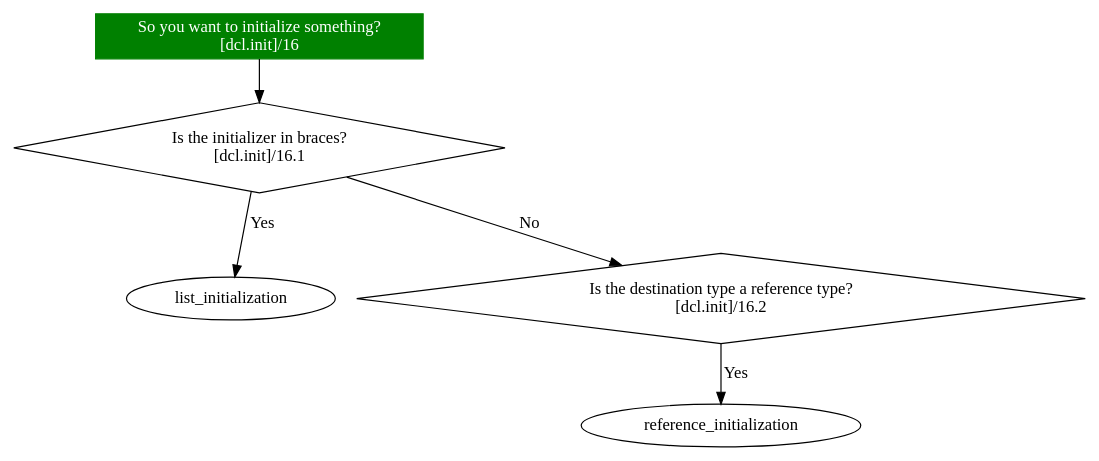
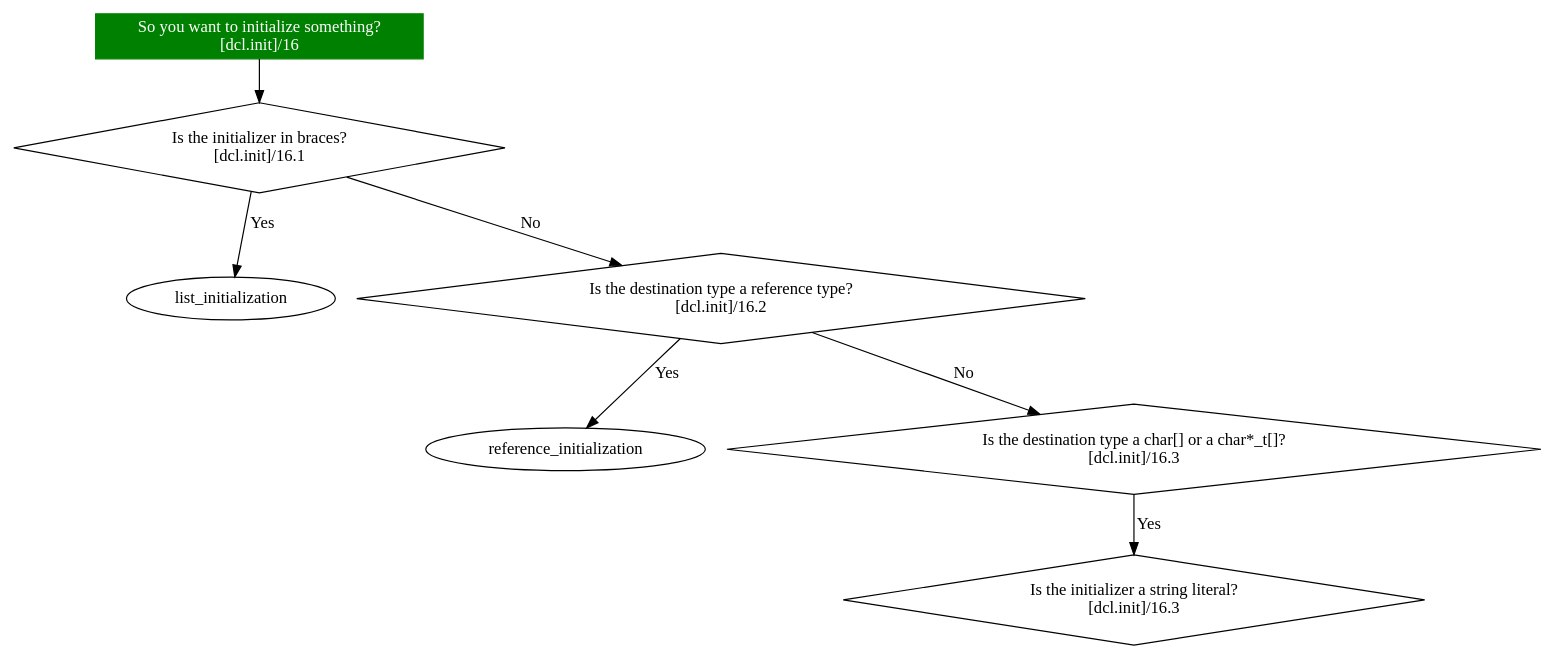
One commit to randomnetcat/cpp_initialization changed the diagram in flowchart.dot. Above: the diagram before and after it, drawn with Graphviz.

Commit message:
Add char array questions

```diff
--- a/flowchart.dot
+++ b/flowchart.dot
@@ -1,9 +1,13 @@
 digraph initialization {
     start [label="So you want to initialize something?\n[dcl.init]/16", style=filled, fillcolor=green, shape=box, color=green, fontcolor=white]
     start -> is_braced
     is_braced [label="Is the initializer in braces?\n[dcl.init]/16.1", shape=diamond]
     is_braced -> list_initialization [label="Yes"]
     is_braced -> is_dest_reference [label="No"]
     is_dest_reference [label="Is the destination type a reference type?\n[dcl.init]/16.2", shape=diamond]
     is_dest_reference -> reference_initialization [label="Yes"]
+    is_dest_reference -> is_char_arr_init [label="No"]
+    is_char_arr_init [label="Is the destination type a char[] or a char*_t[]?\n[dcl.init]/16.3", shape=diamond]
+    is_char_arr_init -> is_char_arr_literal_init [label="Yes"]
+    is_char_arr_literal_init [label="Is the initializer a string literal?\n[dcl.init]/16.3", shape=diamond]
 }
```
